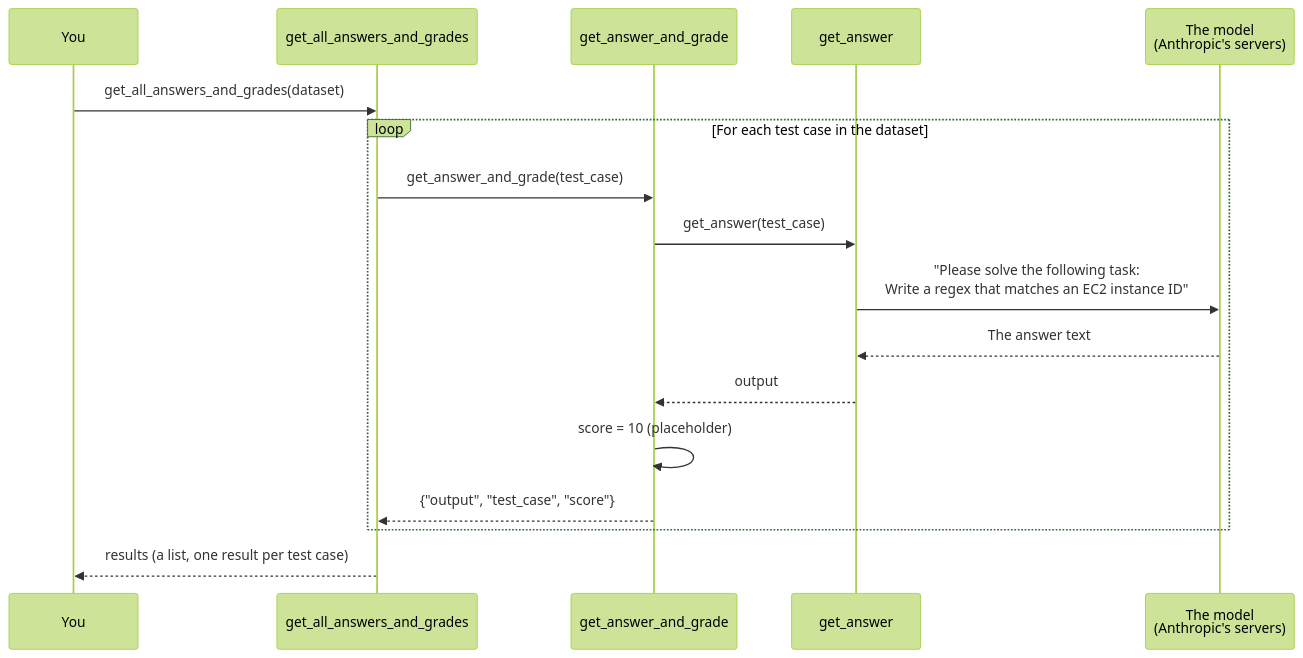
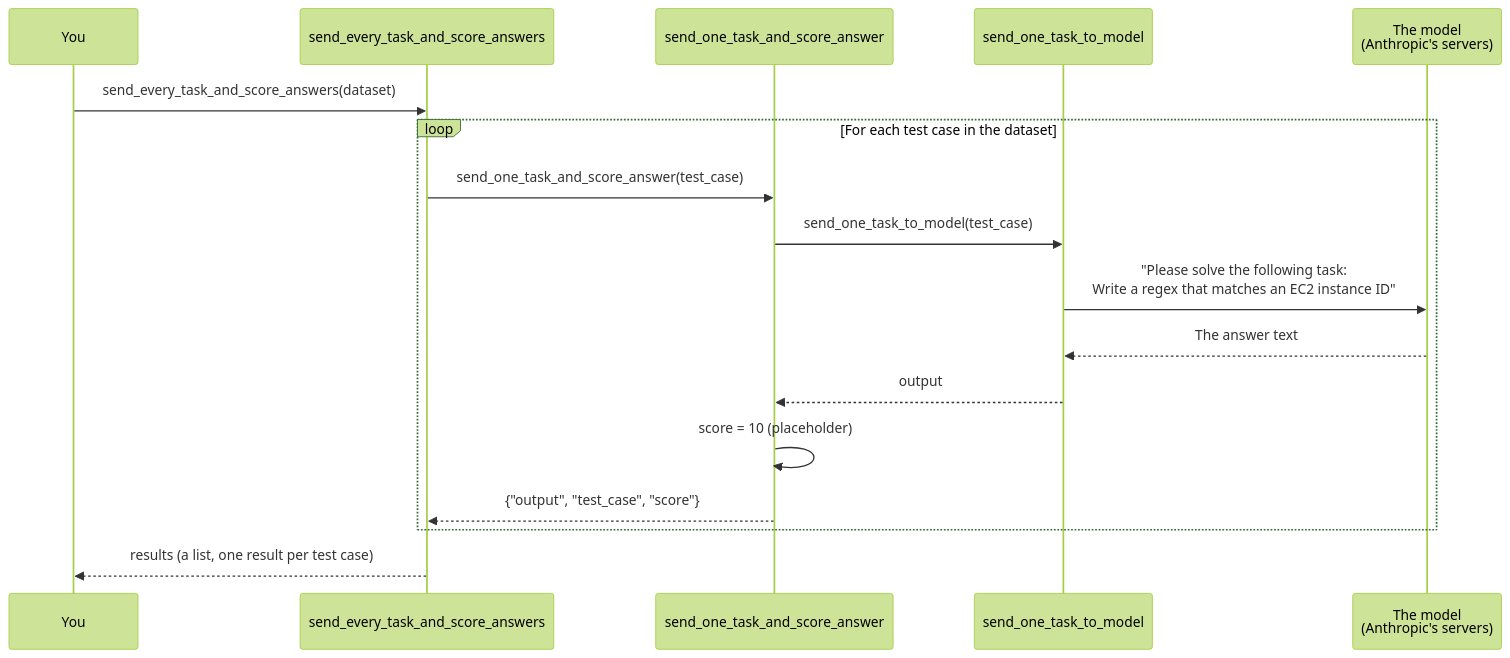
Before and after one commit to nirajp82/ClaudeArchitectStudyGuide: the second of 2 diagrams in 02_BuildingWithTheClaudeAPI/02-prompt-evaluation/12-running-the-eval.md, drawn with Mermaid (forest theme). The commit also changed other lines of this file and 2 other files, not shown here.

Commit message:
API lessons 12-13: rename eval functions to send_one_task_to_model, send_one_task_and_score_answer, send_every_task_and_score_answers

````diff
--- a/02_BuildingWithTheClaudeAPI/02-prompt-evaluation/12-running-the-eval.md
+++ b/02_BuildingWithTheClaudeAPI/02-prompt-evaluation/12-running-the-eval.md
@@ -132,19 +132,19 @@
 ```mermaid
 sequenceDiagram
     participant You
-    participant Eval as get_all_answers_and_grades
-    participant Case as get_answer_and_grade
-    participant Prompt as get_answer
+    participant Eval as send_every_task_and_score_answers
+    participant Case as send_one_task_and_score_answer
+    participant Prompt as send_one_task_to_model
     participant Model as The model<br/>(Anthropic's servers)
-    You->>Eval: get_all_answers_and_grades(dataset)
+    You->>Eval: send_every_task_and_score_answers(dataset)
     loop For each test case in the dataset
-        Eval->>Case: get_answer_and_grade(test_case)
-        Case->>Prompt: get_answer(test_case)
+        Eval->>Case: send_one_task_and_score_answer(test_case)
+        Case->>Prompt: send_one_task_to_model(test_case)
         Prompt->>Model: "Please solve the following task:<br/>Write a regex that matches an EC2 instance ID"
         Model-->>Prompt: The answer text
         Prompt-->>Case: output
         Case->>Case: score = 10 (placeholder)
         Case-->>Eval: {"output", "test_case", "score"}
     end
     Eval-->>You: results (a list, one result per test case)
 ```
````
